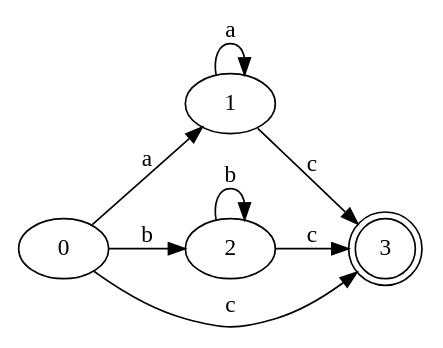
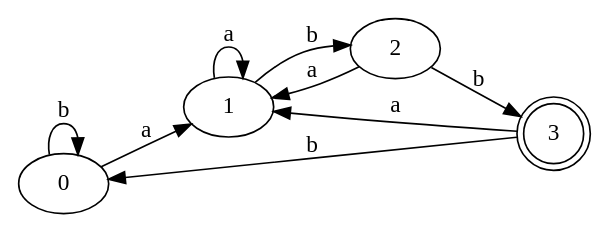
One commit to MaaarcosG/Automatas changed the diagram in Graph/DFA_Direct.gv. Above: the diagram before and after it, drawn with Graphviz. The commit also changed 23 other files, not shown here.

```diff
--- a/Graph/DFA_Direct.gv
+++ b/Graph/DFA_Direct.gv
@@ -1,14 +1,15 @@
 digraph Automata {
 	rankdir=LR
 	0 [label=0]
 	0 -> 1 [label=a]
-	0 -> 2 [label=b]
-	0 -> 3 [label=c]
+	0 -> 0 [label=b]
 	1 [label=1]
 	1 -> 1 [label=a]
-	1 -> 3 [label=c]
+	1 -> 2 [label=b]
 	2 [label=2]
-	2 -> 2 [label=b]
-	2 -> 3 [label=c]
+	2 -> 1 [label=a]
+	2 -> 3 [label=b]
 	3 [label=3 shape=doublecircle]
+	3 -> 1 [label=a]
+	3 -> 0 [label=b]
 }
```
